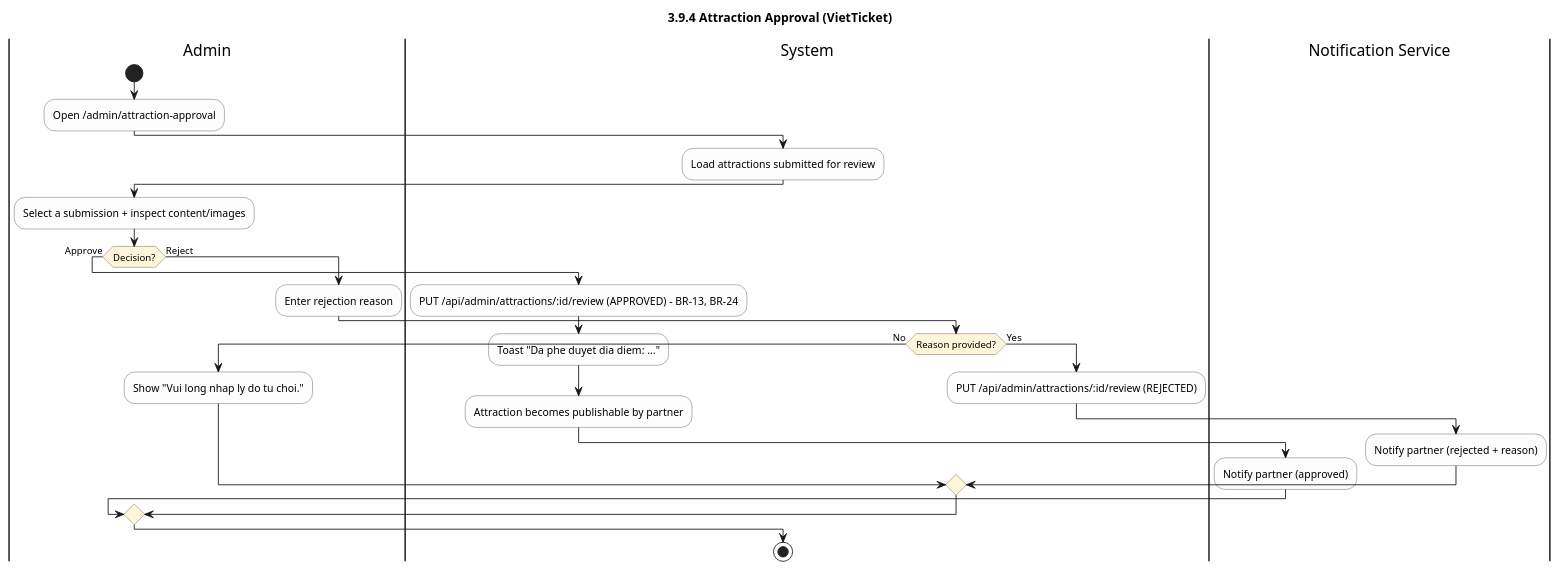
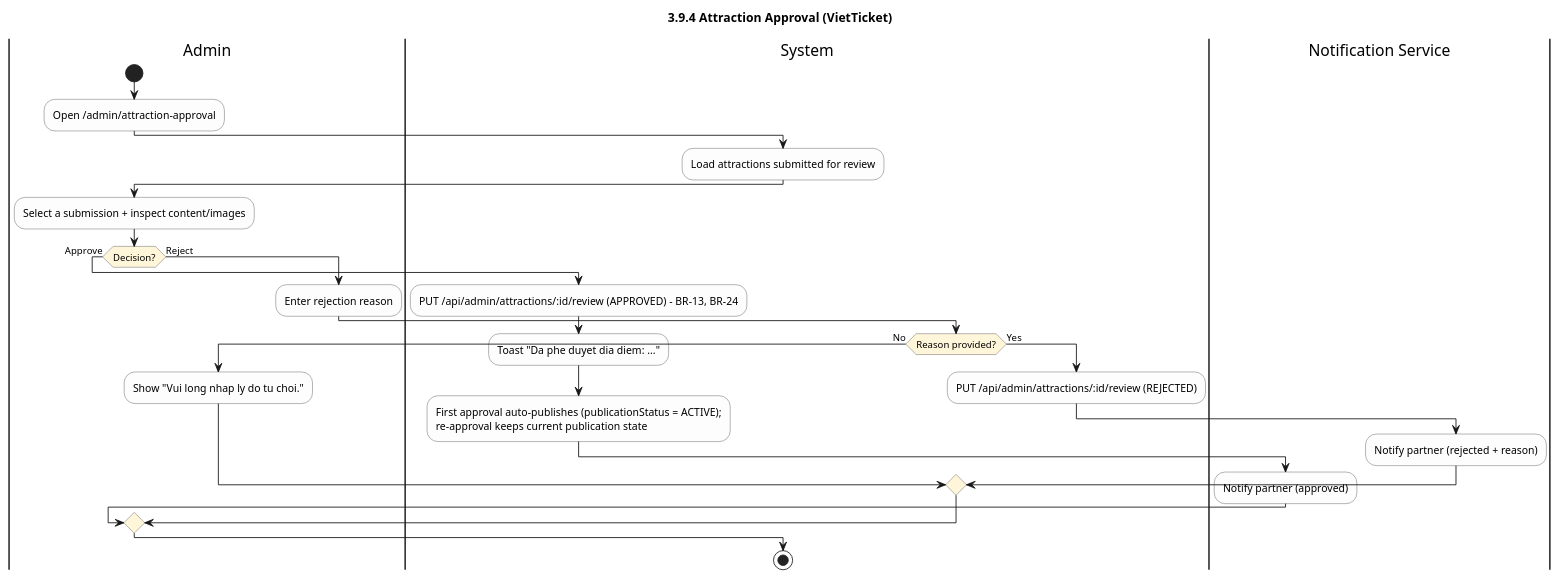
One commit to SUMMER2026SE/swp391-rbl-project-team_5 changed the diagram in docs/diagrams/admin_back_office/39_04_attraction_approval.puml. Above: the diagram before and after it, drawn with PlantUML. The commit also changed 354 other files, not shown here.

First line of the commit message:
docs(diagrams): bo sung class diagram, screen flow va cap nhat state diagram

```diff
--- a/docs/diagrams/admin_back_office/39_04_attraction_approval.puml
+++ b/docs/diagrams/admin_back_office/39_04_attraction_approval.puml
@@ -1,39 +1,39 @@
 @startuml
 title 3.9.4 Attraction Approval (VietTicket)
 skinparam shadowing false
 skinparam defaultFontName Arial
 skinparam ActivityBackgroundColor #FDFDFD
 skinparam ActivityBorderColor #555555
 skinparam ActivityDiamondBackgroundColor #FFF6DA
 
 |Admin|
 start
 :Open /admin/attraction-approval;
 |System|
 :Load attractions submitted for review;
 |Admin|
 :Select a submission + inspect content/images;
 if (Decision?) then (Approve)
   |System|
   :PUT /api/admin/attractions/:id/review (APPROVED) - BR-13, BR-24;
   :Toast "Da phe duyet dia diem: ...";
-  :Attraction becomes publishable by partner;
+  :First approval auto-publishes (publicationStatus = ACTIVE);\nre-approval keeps current publication state;
   |Notification Service|
   :Notify partner (approved);
 else (Reject)
   |Admin|
   :Enter rejection reason;
   |System|
   if (Reason provided?) then (No)
     |Admin|
     :Show "Vui long nhap ly do tu choi.";
   else (Yes)
     |System|
     :PUT /api/admin/attractions/:id/review (REJECTED);
     |Notification Service|
     :Notify partner (rejected + reason);
   endif
 endif
 |System|
 stop
 @enduml
```
